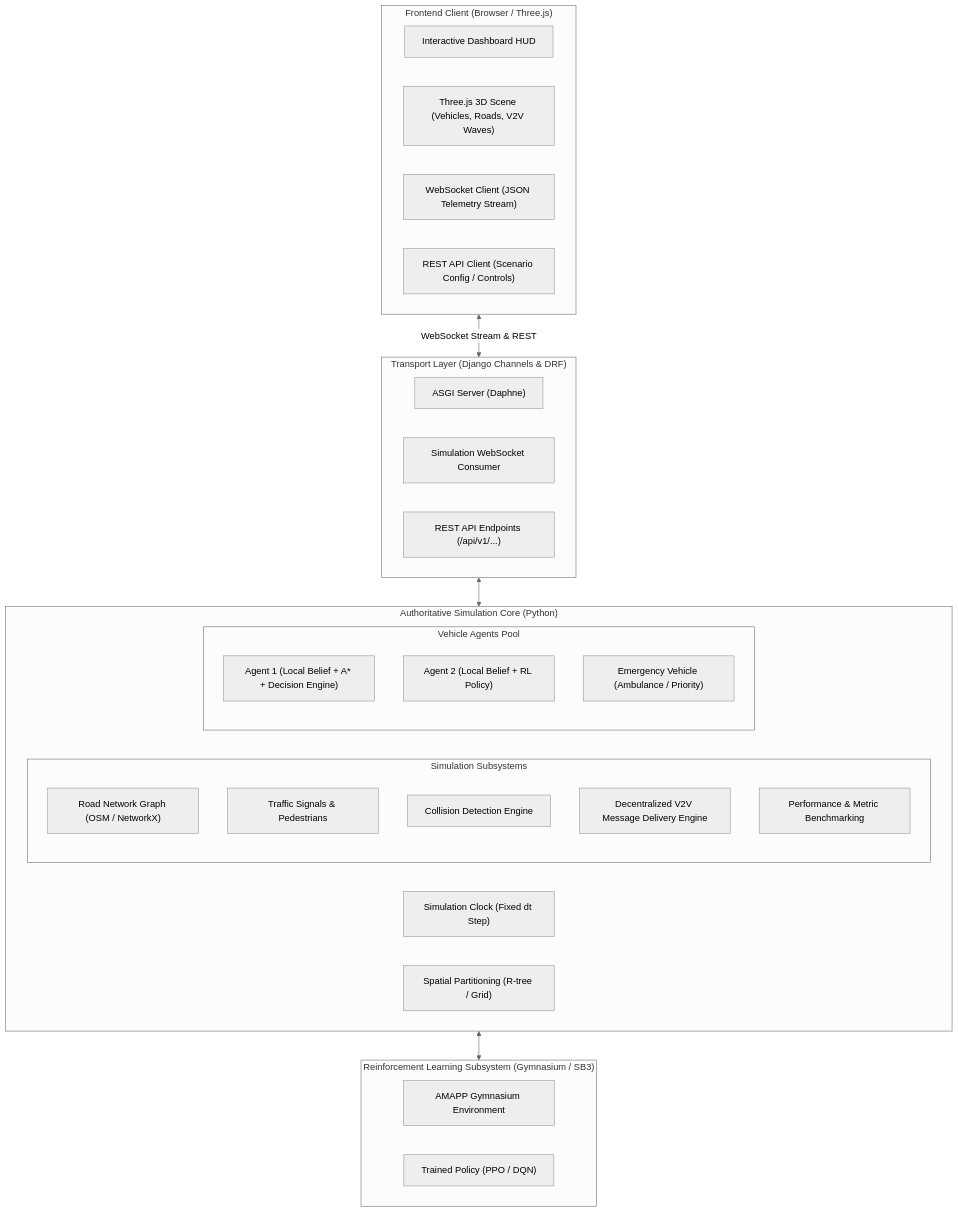
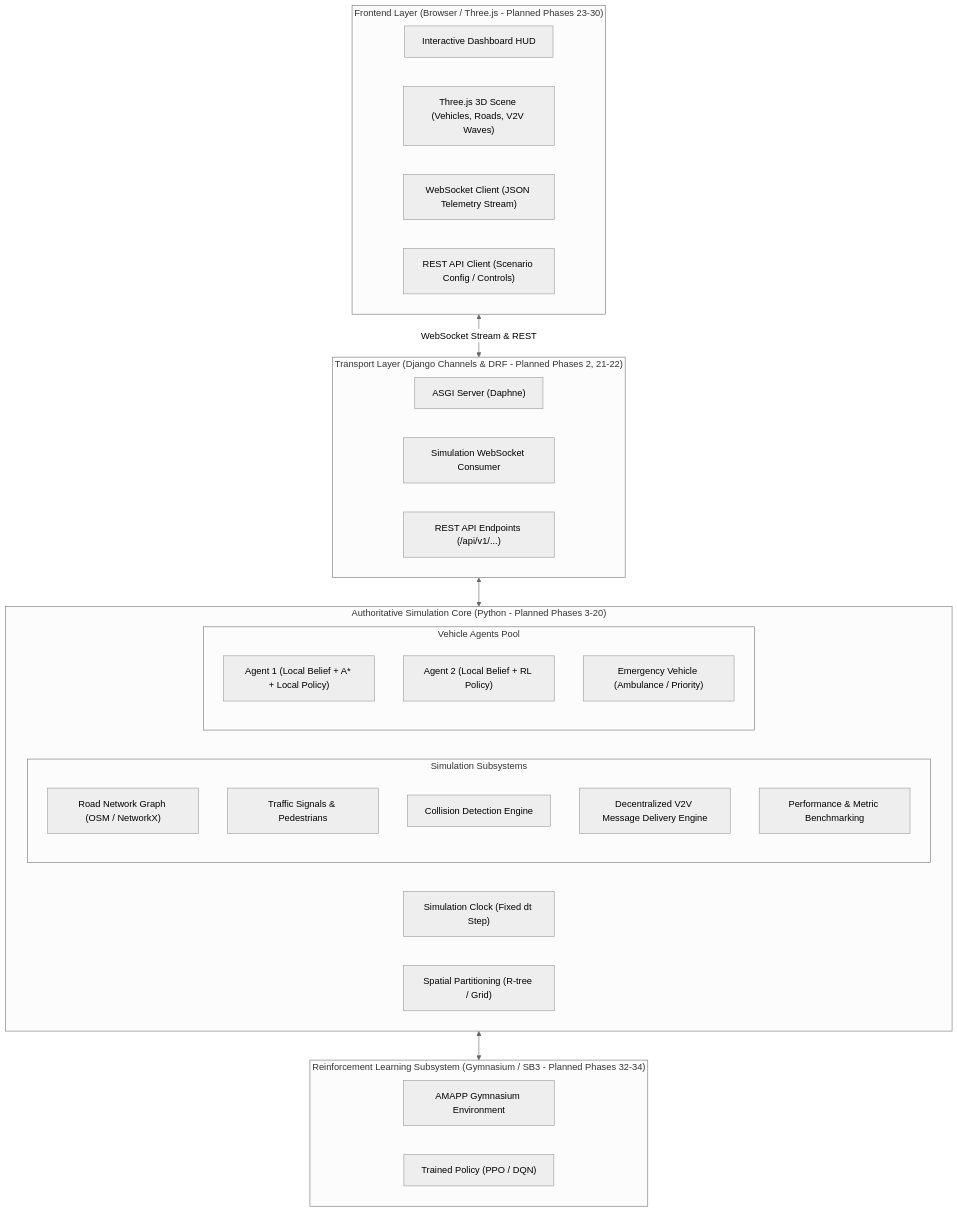
The first of 2 diagrams in ARCHITECTURE.md (Subash1904-in/Adaptive-Multi-Agent-Path-Planning), drawn with Mermaid (neutral theme) before and after one commit. The commit also changed other lines of this file and 6 other files, not shown here.

````diff
--- a/ARCHITECTURE.md
+++ b/ARCHITECTURE.md
@@ -12,43 +12,43 @@
 ```mermaid
 flowchart TB
-    subgraph Frontend["Frontend Client (Browser / Three.js)"]
+    subgraph Frontend["Frontend Layer (Browser / Three.js - Planned Phases 23-30)"]
         UI["Interactive Dashboard HUD"]
         ThreeCanvas["Three.js 3D Scene (Vehicles, Roads, V2V Waves)"]
         WSClient["WebSocket Client (JSON Telemetry Stream)"]
         RESTClient["REST API Client (Scenario Config / Controls)"]
     end
 
-    subgraph BackendTransport["Transport Layer (Django Channels & DRF)"]
+    subgraph BackendTransport["Transport Layer (Django Channels & DRF - Planned Phases 2, 21-22)"]
         Daphne["ASGI Server (Daphne)"]
         WSChannel["Simulation WebSocket Consumer"]
         RESTViews["REST API Endpoints (/api/v1/...)"]
     end
 
-    subgraph SimulationCore["Authoritative Simulation Core (Python)"]
+    subgraph SimulationCore["Authoritative Simulation Core (Python - Planned Phases 3-20)"]
         Clock["Simulation Clock (Fixed dt Step)"]
         SpatialIndex["Spatial Partitioning (R-tree / Grid)"]
         
         subgraph Subsystems["Simulation Subsystems"]
             MapGraph["Road Network Graph (OSM / NetworkX)"]
             TrafficCtrl["Traffic Signals & Pedestrians"]
             CollisionEngine["Collision Detection Engine"]
             V2VChannel["Decentralized V2V Message Delivery Engine"]
             Benchmarking["Performance & Metric Benchmarking"]
         end
 
         subgraph VehicleAgents["Vehicle Agents Pool"]
-            AgentA["Agent 1 (Local Belief + A* + Decision Engine)"]
+            AgentA["Agent 1 (Local Belief + A* + Local Policy)"]
             AgentB["Agent 2 (Local Belief + RL Policy)"]
             AgentE["Emergency Vehicle (Ambulance / Priority)"]
         end
     end
 
-    subgraph RLSubsystem["Reinforcement Learning Subsystem (Gymnasium / SB3)"]
+    subgraph RLSubsystem["Reinforcement Learning Subsystem (Gymnasium / SB3 - Planned Phases 32-34)"]
         GymEnv["AMAPP Gymnasium Environment"]
         SB3Model["Trained Policy (PPO / DQN)"]
     end
 
     Frontend <-->|WebSocket Stream & REST| BackendTransport
     BackendTransport <--> SimulationCore
     SimulationCore <--> RLSubsystem
 ```
````
